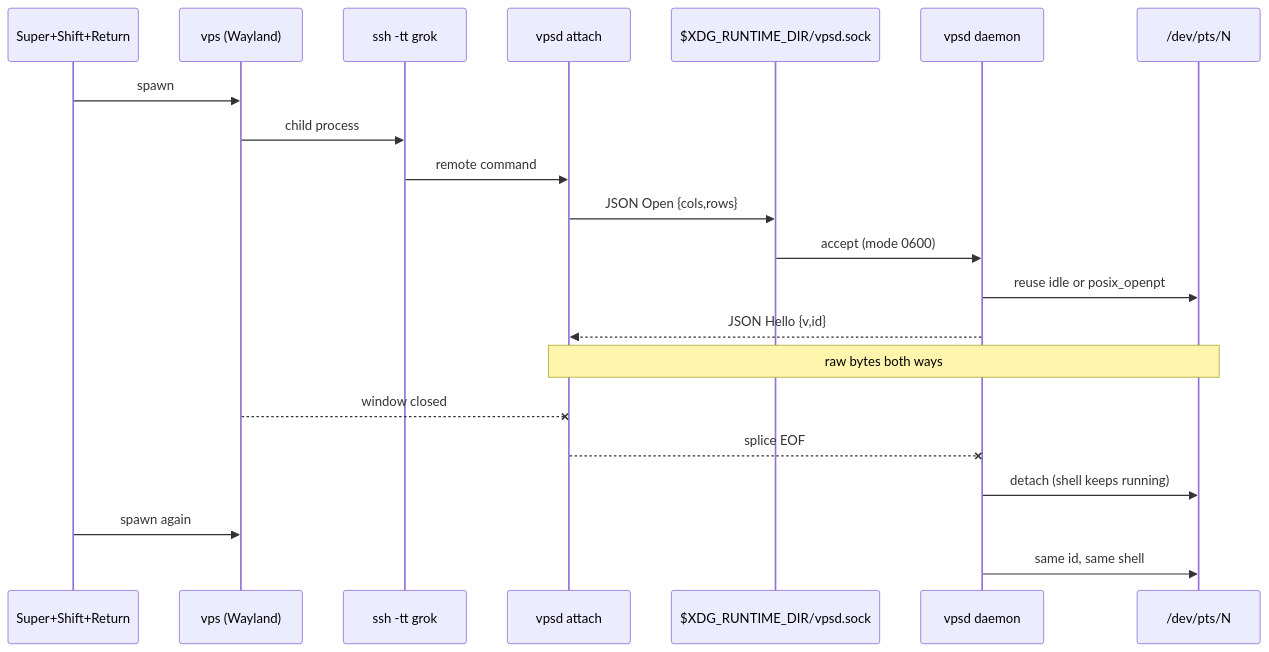
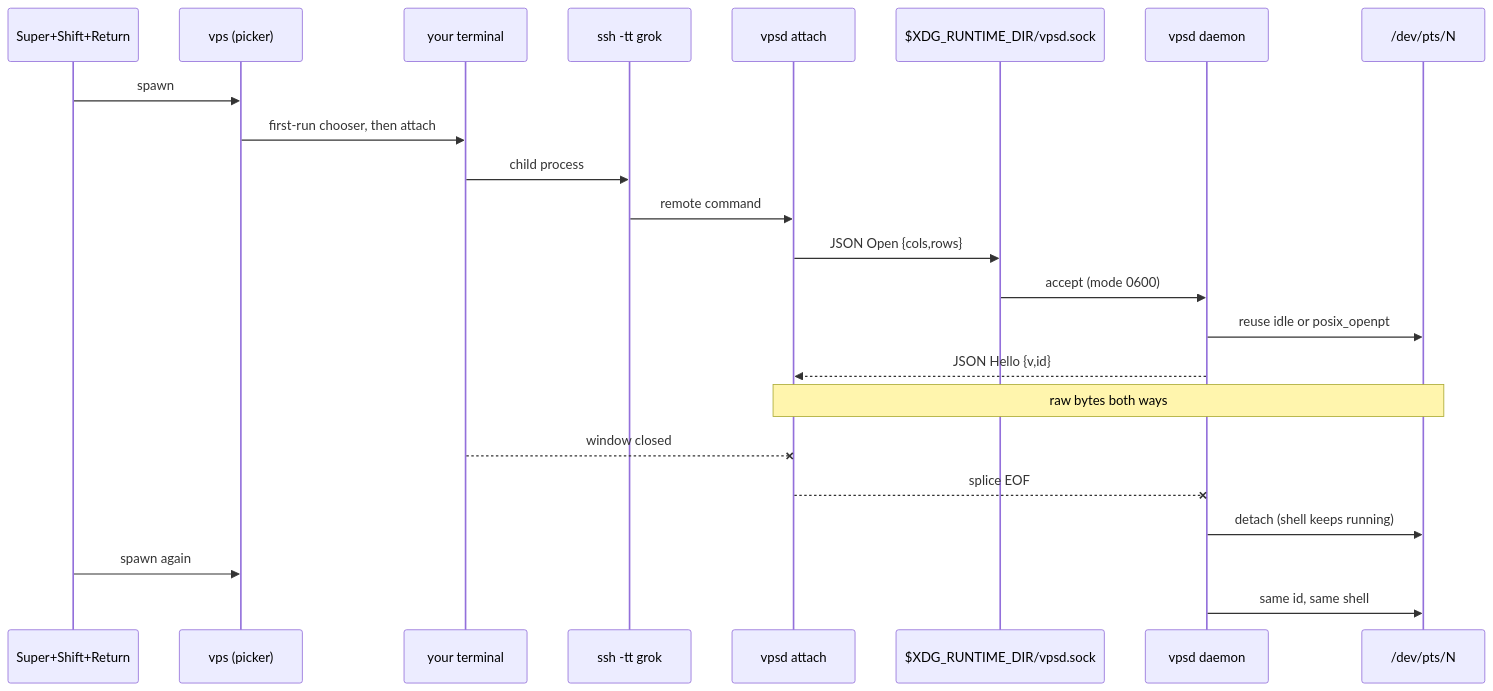
One commit to theesfeld/vps changed the diagram in README.md. Above: the diagram before and after it, drawn with Mermaid. The commit also changed other lines of this file and 12 other files, not shown here.

First line of the commit message:
Attach in the user's terminal so Grok reconnect stays up.

````diff
--- a/README.md
+++ b/README.md
@@ -48,24 +48,26 @@
 ```mermaid
 sequenceDiagram
     participant Key as Super+Shift+Return
-    participant GUI as vps (Wayland)
+    participant GUI as vps (picker)
+    participant Term as your terminal
     participant SSH as ssh -tt grok
     participant Attach as vpsd attach
     participant Sock as $XDG_RUNTIME_DIR/vpsd.sock
     participant D as vpsd daemon
     participant PTY as /dev/pts/N
 
     Key->>GUI: spawn
-    GUI->>SSH: child process
+    GUI->>Term: first-run chooser, then attach
+    Term->>SSH: child process
     SSH->>Attach: remote command
     Attach->>Sock: JSON Open {cols,rows}
     Sock->>D: accept (mode 0600)
     D->>PTY: reuse idle or posix_openpt
     D-->>Attach: JSON Hello {v,id}
     Note over Attach,PTY: raw bytes both ways
-    GUI--xAttach: window closed
+    Term--xAttach: window closed
     Attach--xD: splice EOF
     D->>PTY: detach (shell keeps running)
     Key->>GUI: spawn again
     D->>PTY: same id, same shell
 ```
````
